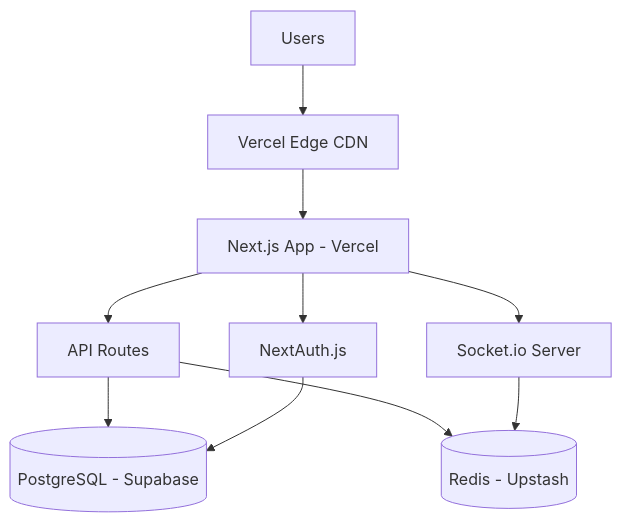
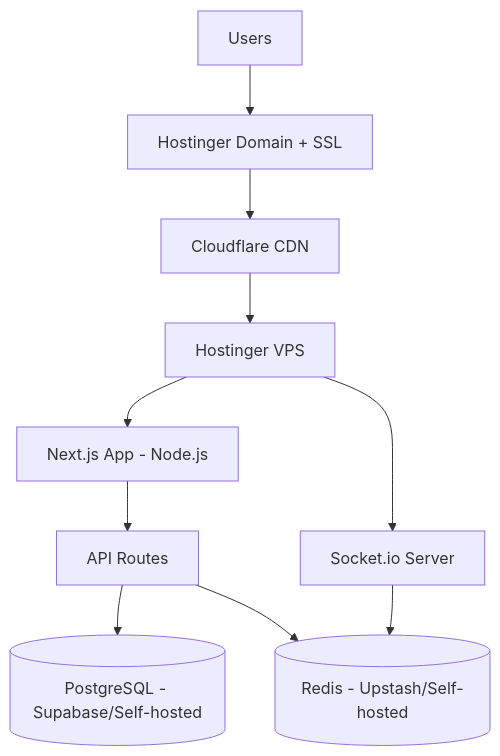
Before and after one commit to AkhtarShadab/BridgeOnlineNEXTJS: the fourth of 4 diagrams in DESIGN_DOCUMENT.md, drawn with Mermaid. The commit also changed other lines of this file, not shown here.

````diff
--- a/DESIGN_DOCUMENT.md
+++ b/DESIGN_DOCUMENT.md
@@ -1130,12 +1156,12 @@
 ```mermaid
 graph TB
-    Users[Users] --> CDN[Vercel Edge CDN]
-    CDN --> NextJS[Next.js App - Vercel]
+    Users[Users] --> Domain[Hostinger Domain + SSL]
+    Domain --> CDN[Cloudflare CDN]
+    CDN --> VPS[Hostinger VPS]
+    VPS --> NextJS[Next.js App - Node.js]
+    VPS --> Socket[Socket.io Server]
     NextJS --> API[API Routes]
-    NextJS --> Socket[Socket.io Server]
-    API --> DB[(PostgreSQL - Supabase)]
-    API --> Redis[(Redis - Upstash)]
+    API --> DB[(PostgreSQL - Supabase/Self-hosted)]
+    API --> Redis[(Redis - Upstash/Self-hosted)]
     Socket --> Redis
-    NextJS --> Auth[NextAuth.js]
-    Auth --> DB
 ```
````
